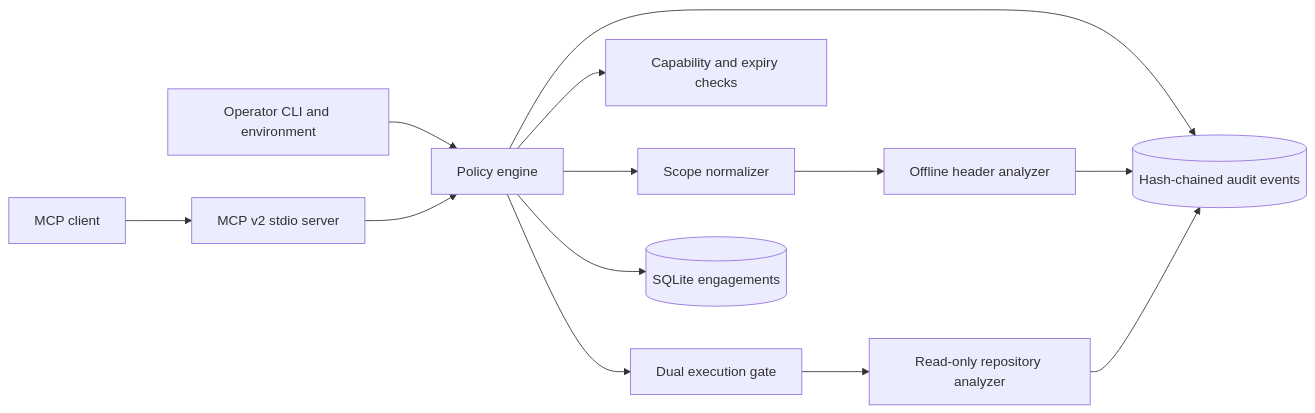
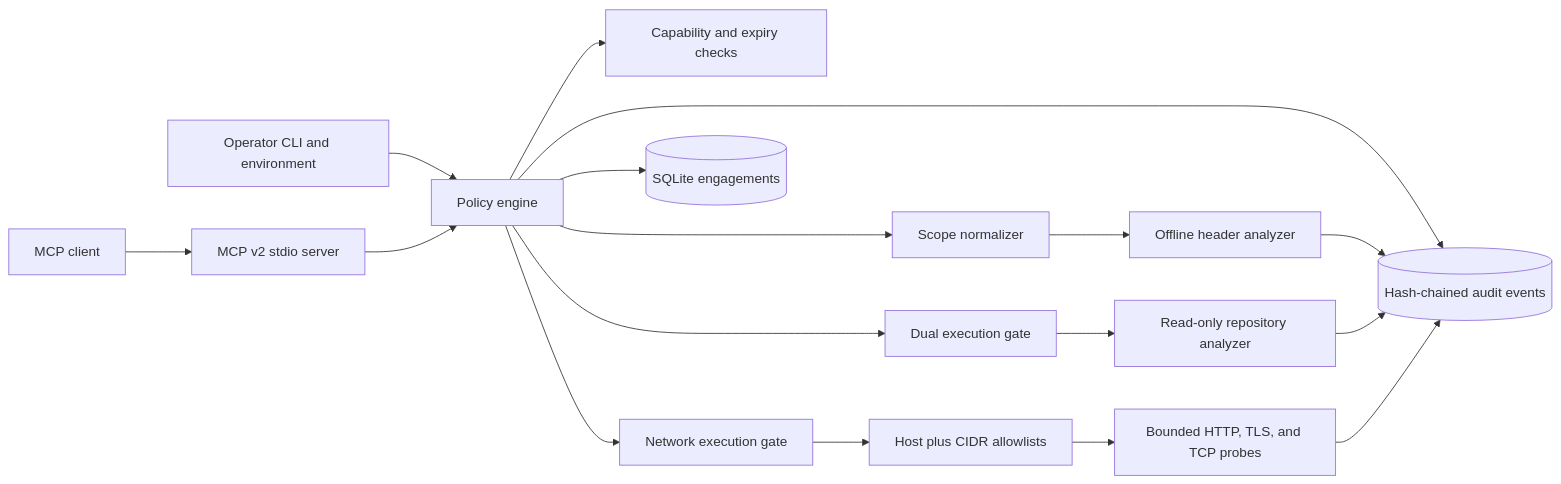
One commit to mzatylny/scopeguard-mcp changed the diagram in ARCHITECTURE.md. Above: the diagram before and after it, drawn with Mermaid. The commit also changed other lines of this file and 18 other files, not shown here.

Commit message:
Add guarded network posture probes

````diff
--- a/ARCHITECTURE.md
+++ b/ARCHITECTURE.md
@@ -3,15 +3,19 @@
 ```mermaid
 flowchart LR
     A["MCP client"] --> B["MCP v2 stdio server"]
     O["Operator CLI and environment"] --> C["Policy engine"]
     B --> C
     C --> D["Scope normalizer"]
     C --> E["Capability and expiry checks"]
     C --> F["Dual execution gate"]
+    C --> K["Network execution gate"]
+    K --> L["Host plus CIDR allowlists"]
     D --> G["Offline header analyzer"]
     F --> H["Read-only repository analyzer"]
+    L --> M["Bounded HTTP, TLS, and TCP probes"]
     C --> I[("SQLite engagements")]
     C --> J[("Hash-chained audit events")]
     G --> J
     H --> J
+    M --> J
 ```
````
